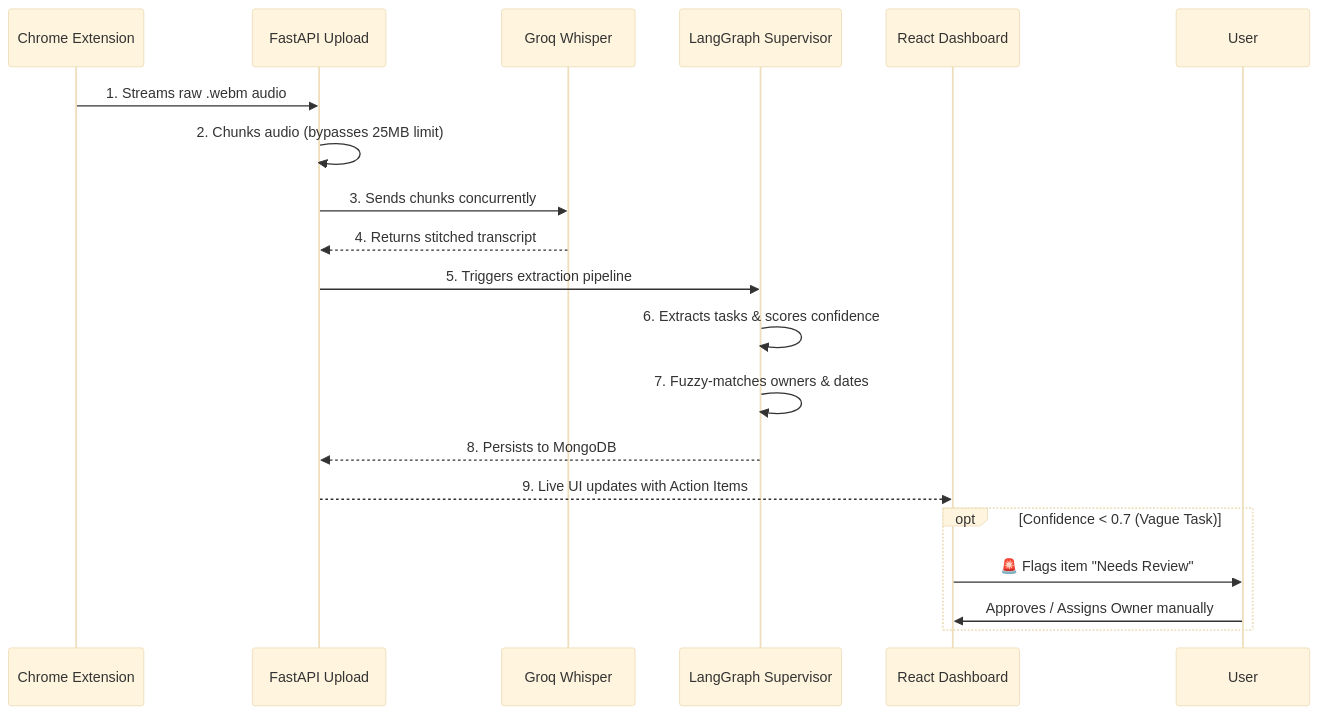
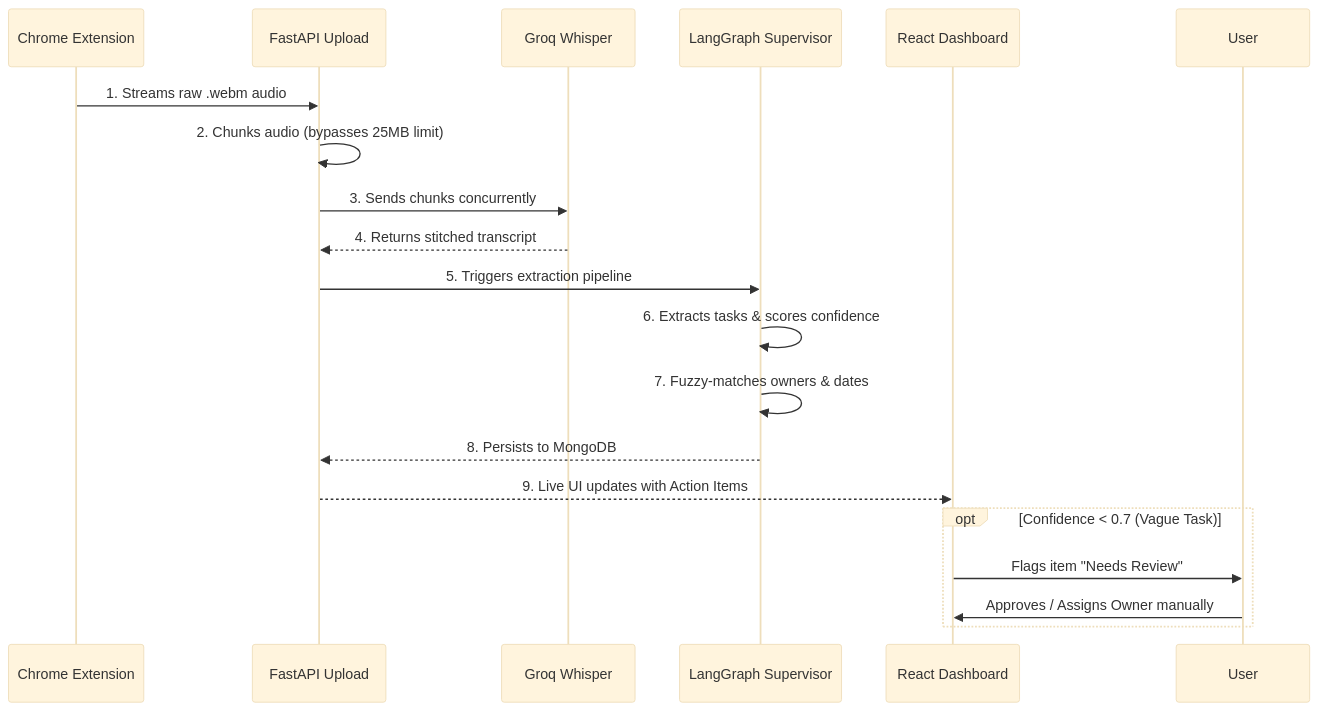
Before and after one commit to Kishan8548/Nudge: the second of 2 diagrams in README.md, drawn with Mermaid (base theme). The commit also changed other lines of this file, not shown here.

````diff
--- a/README.md
+++ b/README.md
@@ -101,26 +99,26 @@
 ```mermaid
 sequenceDiagram
     participant Chrome as Chrome Extension
     participant API as FastAPI Upload
     participant Whisper as Groq Whisper
     participant Graph as LangGraph Supervisor
     participant UI as React Dashboard
     participant Human as User
 
     Chrome->>API: 1. Streams raw .webm audio
     API->>API: 2. Chunks audio (bypasses 25MB limit)
     API->>Whisper: 3. Sends chunks concurrently
     Whisper-->>API: 4. Returns stitched transcript
     API->>Graph: 5. Triggers extraction pipeline
     
     Graph->>Graph: 6. Extracts tasks & scores confidence
     Graph->>Graph: 7. Fuzzy-matches owners & dates
     Graph-->>API: 8. Persists to MongoDB
     
     API-->>UI: 9. Live UI updates with Action Items
     
     opt Confidence < 0.7 (Vague Task)
-        UI->>Human: 🚨 Flags item "Needs Review"
+        UI->>Human: Flags item "Needs Review"
         Human->>UI: Approves / Assigns Owner manually
     end
 ```
````
